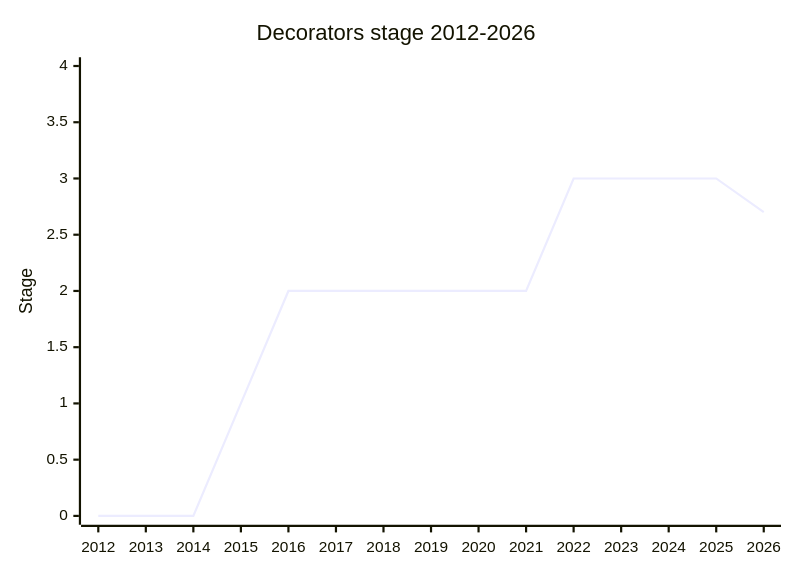
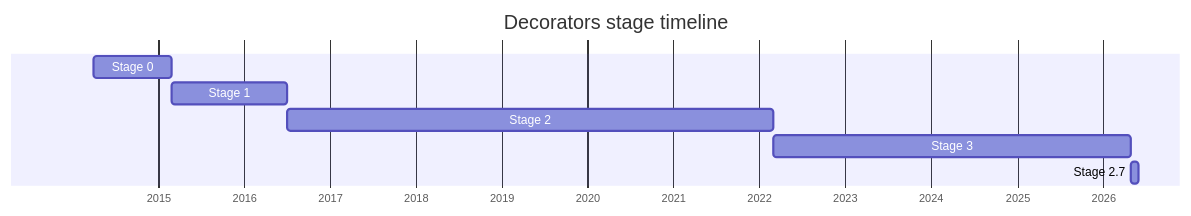
Before and after one commit to Jxck/tc39-llm-wiki: the diagram in wiki/proposals/decorators.md, drawn with Mermaid. The commit also changed other lines of this file and 11 other files, not shown here.

First line of the commit message:
[wiki] switch stage graphs from xychart-beta to mermaid gantt

````diff
--- a/wiki/proposals/decorators.md
+++ b/wiki/proposals/decorators.md
@@ -58,7 +58,12 @@
 ```mermaid
-xychart-beta
-    title "Decorators stage 2012-2026"
-    x-axis [2012, 2013, 2014, 2015, 2016, 2017, 2018, 2019, 2020, 2021, 2022, 2023, 2024, 2025, 2026]
-    y-axis "Stage" 0 --> 4
-    line [0, 0, 0, 1, 2, 2, 2, 2, 2, 2, 3, 3, 3, 3, 2.7]
+gantt
+    title Decorators stage timeline
+    dateFormat YYYY-MM
+    axisFormat %Y
+    todayMarker off
+    Stage 0 : 2014-04, 2015-03
+    Stage 1 : 2015-03, 2016-07
+    Stage 2 : 2016-07, 2022-03
+    Stage 3 : 2022-03, 2026-05
+    Stage 2.7 : 2026-05, 2026-06
 ```
````
